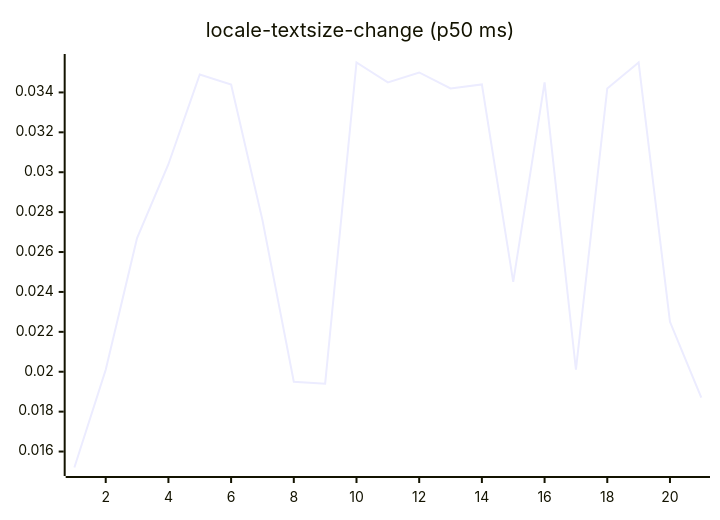
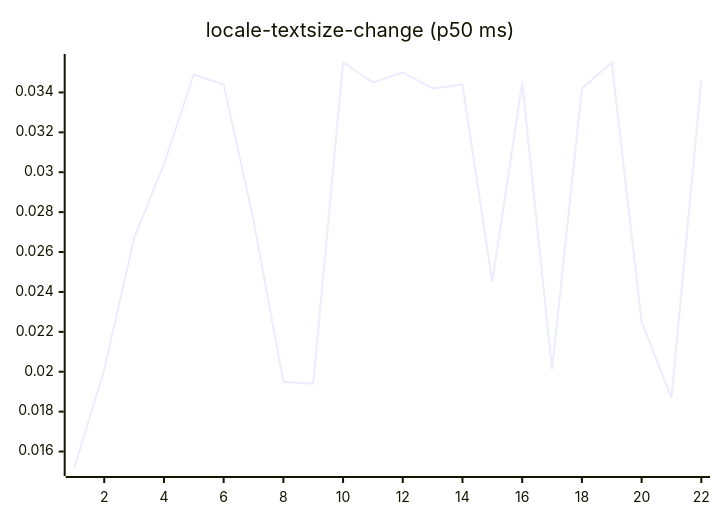
One commit to josha/Facet changed diagram 13 of 27 in README.md. Above: the diagram before and after it, drawn with Mermaid. The commit also changed other lines of this file and 2 other files, not shown here.

````diff
--- a/README.md
+++ b/README.md
@@ -147,6 +147,6 @@
 ```mermaid
 xychart-beta
     title "locale-textsize-change (p50 ms)"
-    x-axis 1 --> 21
-    line [0.0152, 0.0201, 0.0267, 0.0304, 0.0349, 0.0344, 0.0276, 0.0195, 0.0194, 0.0355, 0.0345, 0.0350, 0.0342, 0.0344, 0.0245, 0.0345, 0.0201, 0.0342, 0.0355, 0.0225, 0.0187]
+    x-axis 1 --> 22
+    line [0.0152, 0.0201, 0.0267, 0.0304, 0.0349, 0.0344, 0.0276, 0.0195, 0.0194, 0.0355, 0.0345, 0.0350, 0.0342, 0.0344, 0.0245, 0.0345, 0.0201, 0.0342, 0.0355, 0.0225, 0.0187, 0.0346]
 ```
````
